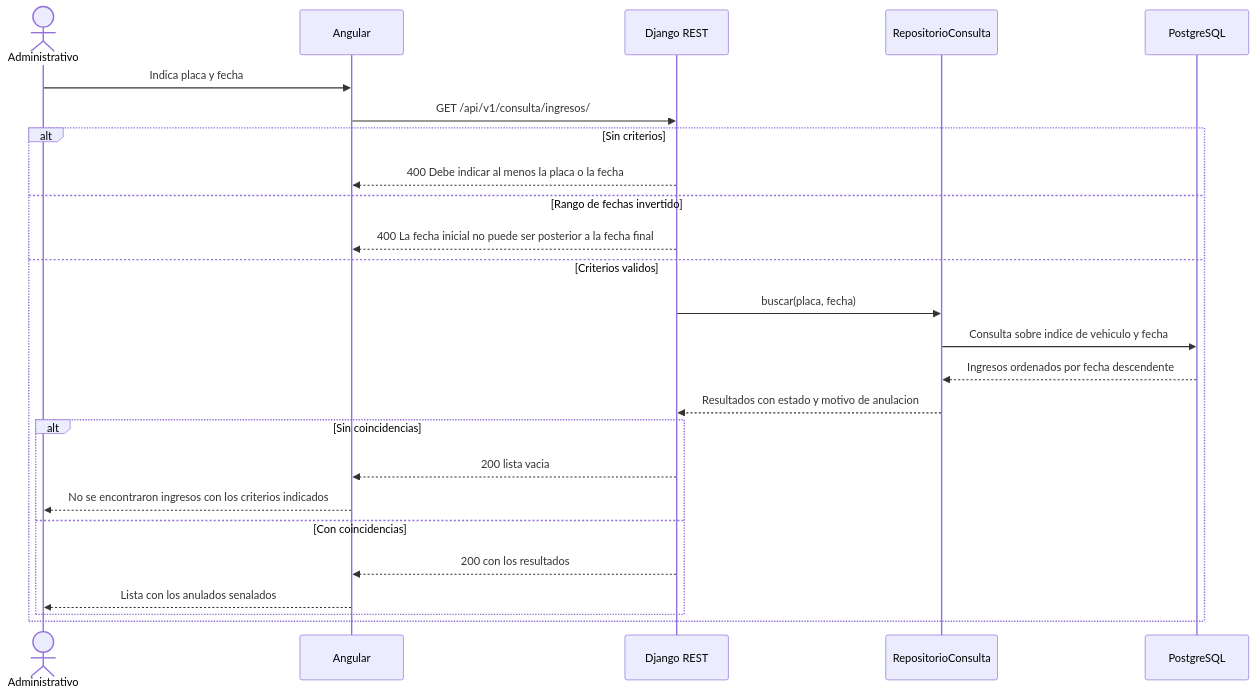
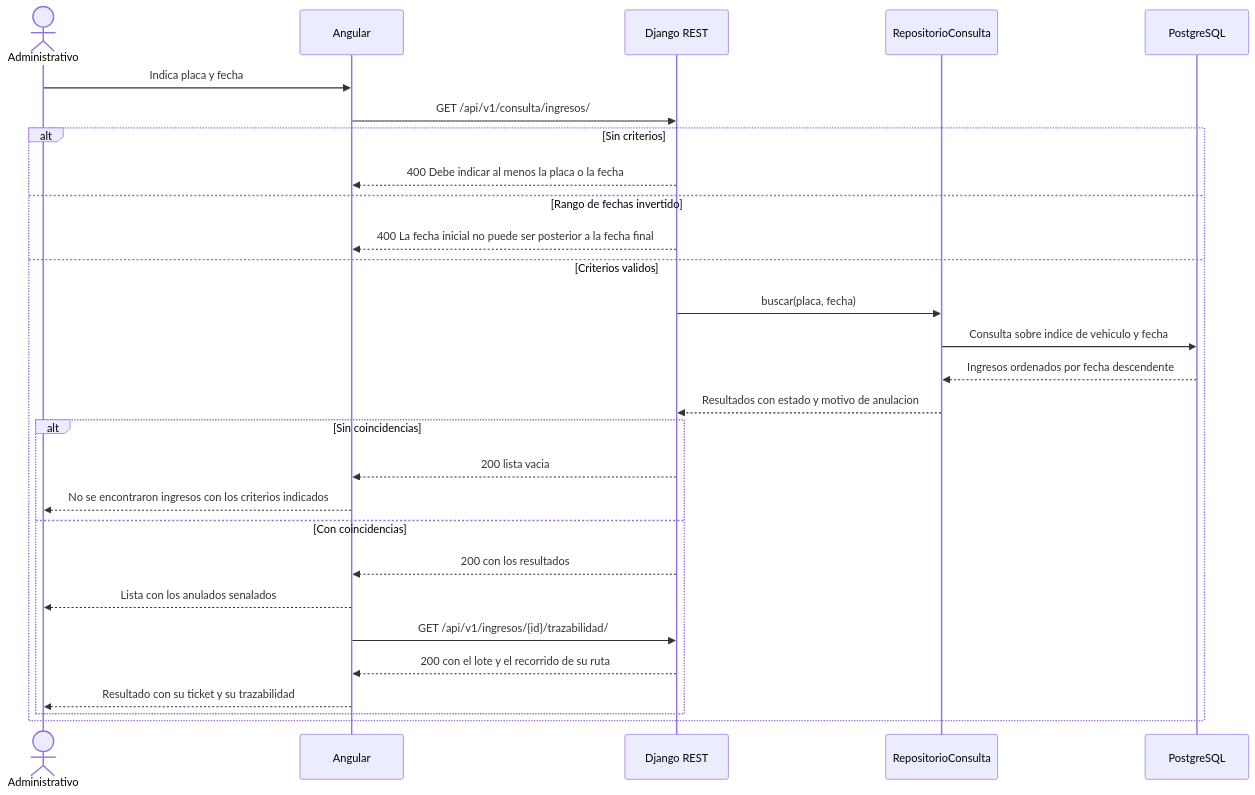
One commit to adlerOmonte1/LogisticaMinera changed the first of 4 diagrams in docs/modulos/M07-consulta/diagramas/secuencia.md. Above: the diagram before and after it, drawn with Mermaid. The commit also changed other lines of this file and 9 other files, not shown here.

````diff
--- a/docs/modulos/M07-consulta/diagramas/secuencia.md
+++ b/docs/modulos/M07-consulta/diagramas/secuencia.md
@@ -5,30 +5,33 @@
 ```mermaid
 sequenceDiagram
     actor A as Administrativo
     participant NG as Angular
     participant API as Django REST
     participant REP as RepositorioConsulta
     participant DB as PostgreSQL
 
     A->>NG: Indica placa y fecha
     NG->>API: GET /api/v1/consulta/ingresos/
 
     alt Sin criterios
         API-->>NG: 400 Debe indicar al menos la placa o la fecha
     else Rango de fechas invertido
         API-->>NG: 400 La fecha inicial no puede ser posterior a la fecha final
     else Criterios validos
         API->>REP: buscar(placa, fecha)
         REP->>DB: Consulta sobre indice de vehiculo y fecha
         DB-->>REP: Ingresos ordenados por fecha descendente
         REP-->>API: Resultados con estado y motivo de anulacion
 
         alt Sin coincidencias
             API-->>NG: 200 lista vacia
             NG-->>A: No se encontraron ingresos con los criterios indicados
         else Con coincidencias
             API-->>NG: 200 con los resultados
             NG-->>A: Lista con los anulados senalados
+            NG->>API: GET /api/v1/ingresos/{id}/trazabilidad/
+            API-->>NG: 200 con el lote y el recorrido de su ruta
+            NG-->>A: Resultado con su ticket y su trazabilidad
         end
     end
 ```
````
